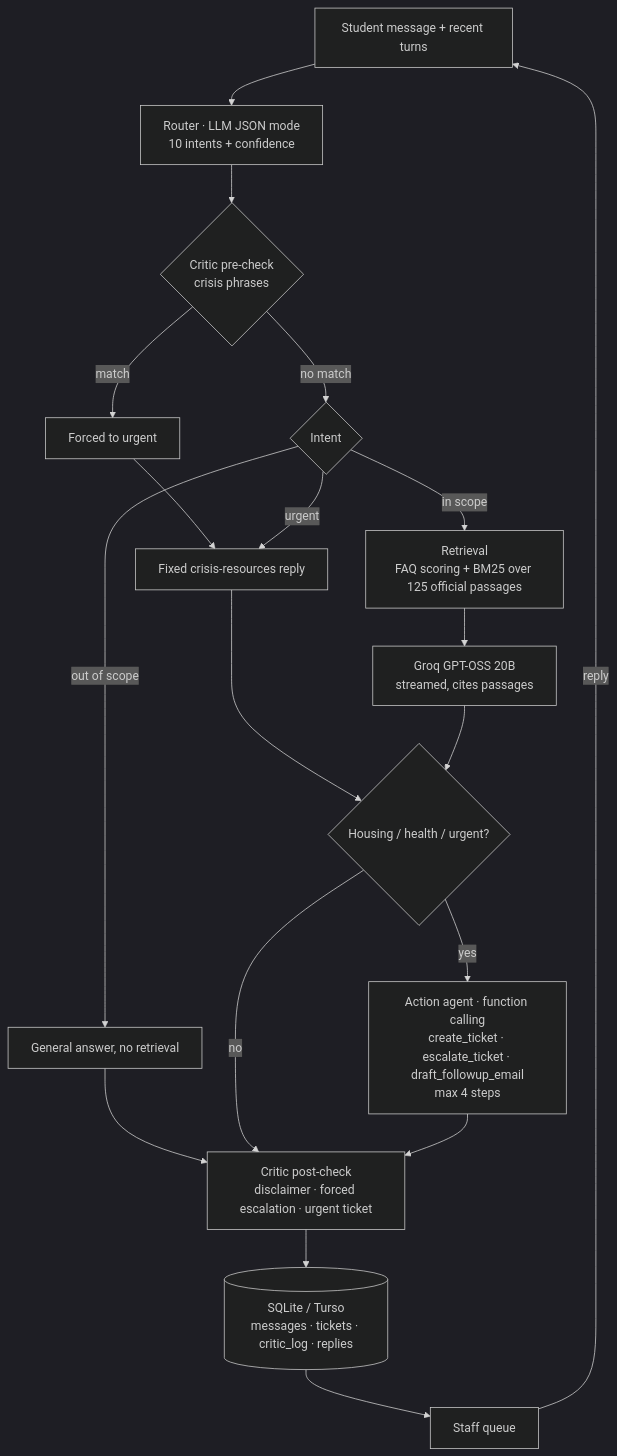
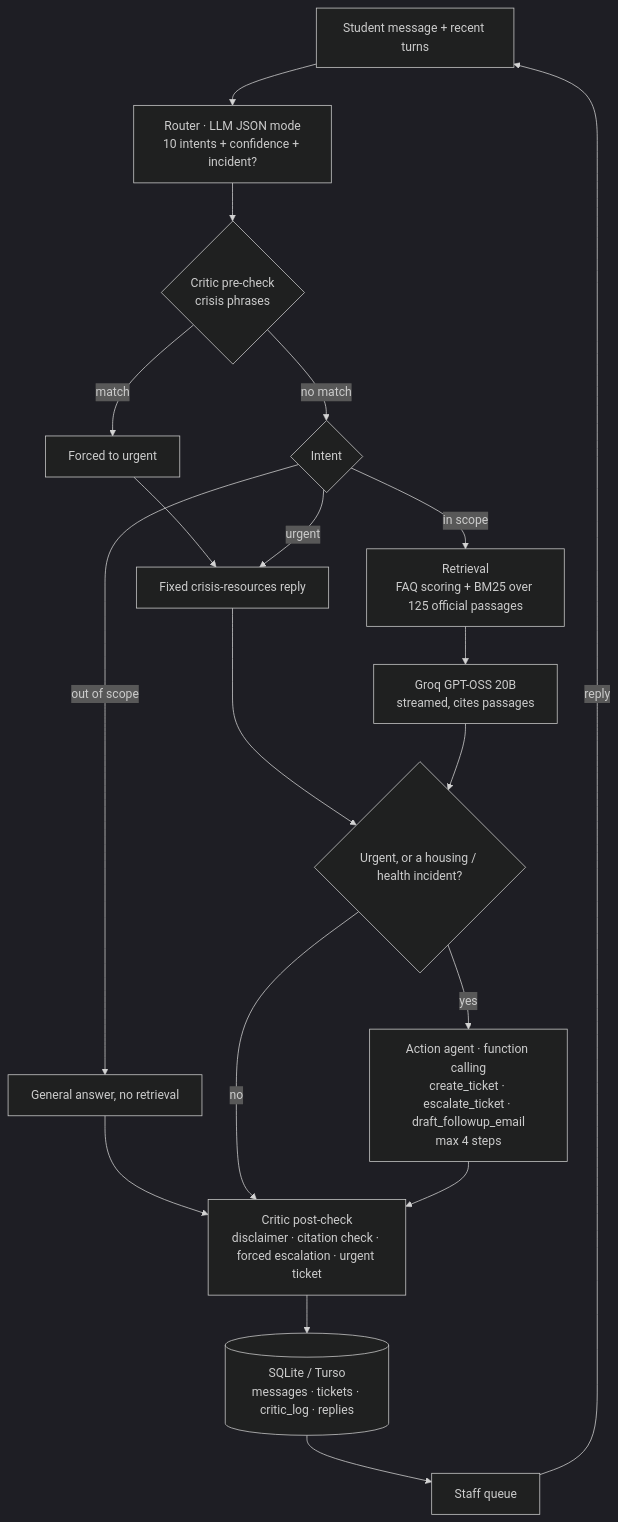
One commit to Jivesh2816/OCC-CHATBOT changed the diagram in README.md. Above: the diagram before and after it, drawn with Mermaid (dark theme). The commit also changed other lines of this file and 28 other files, not shown here.

````diff
--- a/README.md
+++ b/README.md
@@ -30,19 +31,19 @@
 ```mermaid
 flowchart TD
-    U[Student message + recent turns] --> R[Router · LLM JSON mode<br/>10 intents + confidence]
+    U[Student message + recent turns] --> R[Router · LLM JSON mode<br/>10 intents + confidence + incident?]
     R --> P{Critic pre-check<br/>crisis phrases}
     P -->|match| X[Forced to urgent]
     P -->|no match| I{Intent}
     X --> E[Fixed crisis-resources reply]
     I -->|urgent| E
     I -->|out of scope| G1[General answer, no retrieval]
     I -->|in scope| RT[Retrieval<br/>FAQ scoring + BM25 over 125 official passages]
     RT --> G2[Groq GPT-OSS 20B<br/>streamed, cites passages]
-    E & G2 --> A{Housing / health / urgent?}
+    E & G2 --> A{Urgent, or a housing / health incident?}
     G1 --> C
     A -->|yes| AG[Action agent · function calling<br/>create_ticket · escalate_ticket · draft_followup_email<br/>max 4 steps]
     A -->|no| C
-    AG --> C[Critic post-check<br/>disclaimer · forced escalation · urgent ticket]
+    AG --> C[Critic post-check<br/>disclaimer · citation check · forced escalation · urgent ticket]
     C --> DB[(SQLite / Turso<br/>messages · tickets · critic_log · replies)]
     DB --> S[Staff queue] -->|reply| U
 ```
````
